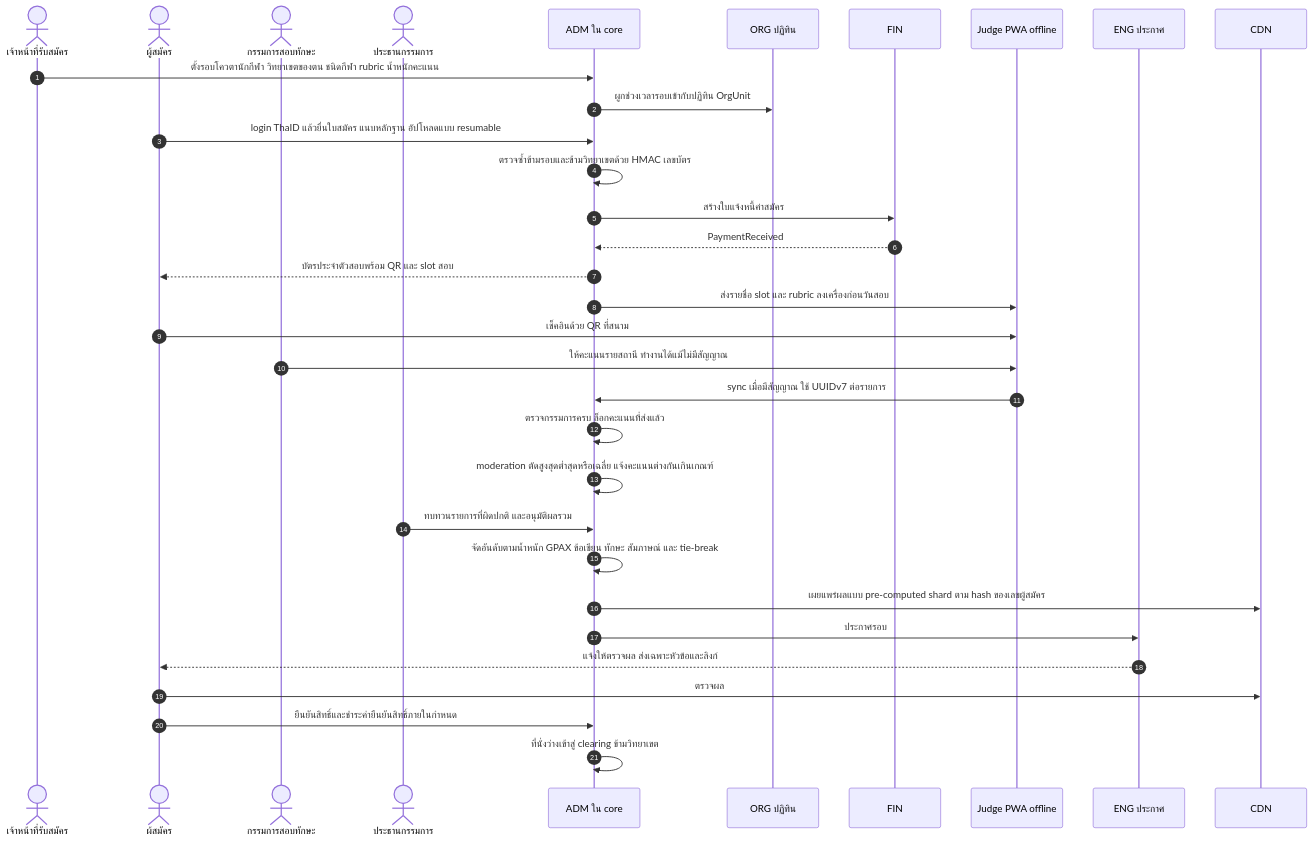
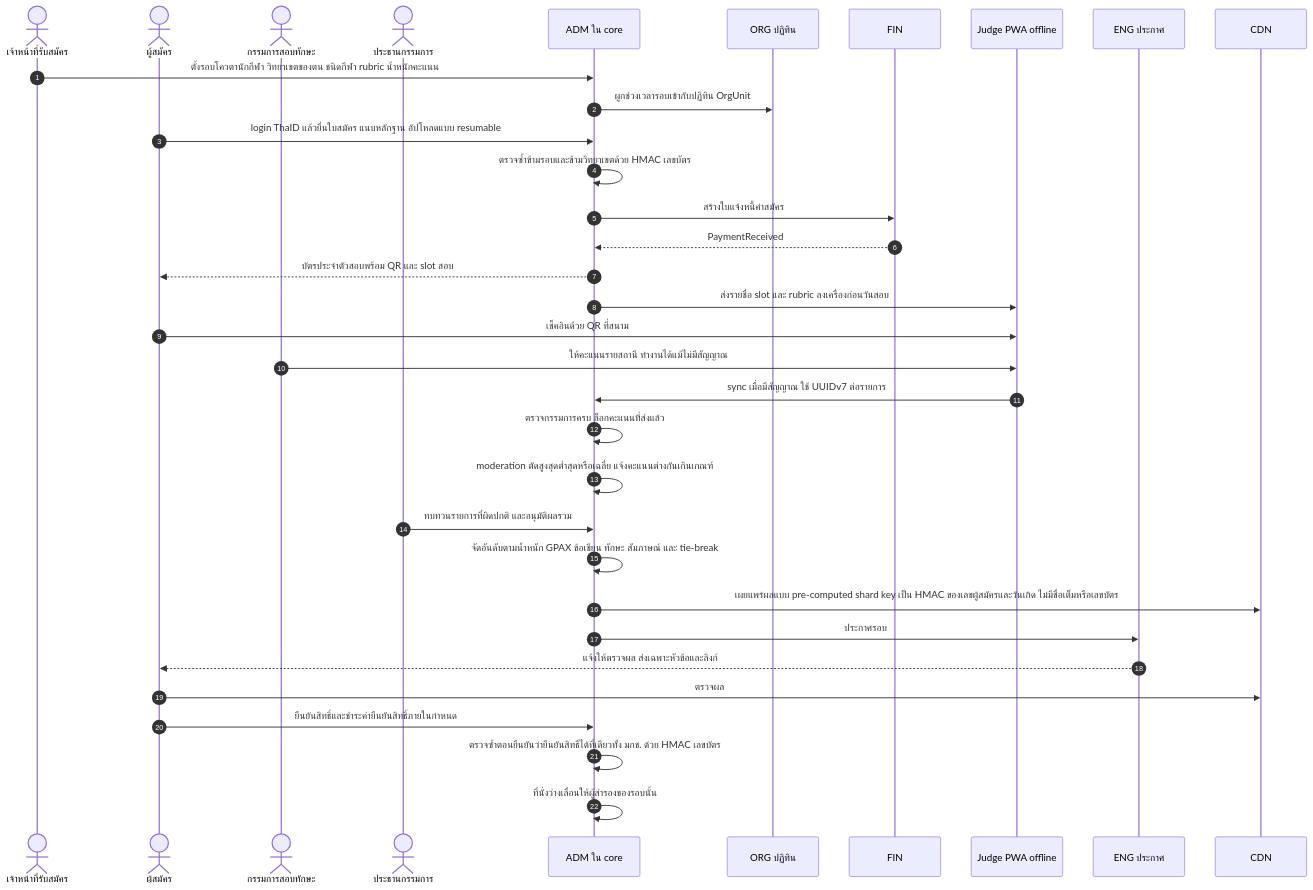
One commit to Ruttanachote/Ai changed the fifth of 7 diagrams in tnsu-system/docs/07-architecture.md. Above: the diagram before and after it, drawn with Mermaid. The commit also changed other lines of this file and 5 other files, not shown here.

````diff
--- a/tnsu-system/docs/07-architecture.md
+++ b/tnsu-system/docs/07-architecture.md
@@ -773,35 +831,36 @@
 ```mermaid
 sequenceDiagram
   autonumber
   actor AO as เจ้าหน้าที่รับสมัคร
   actor CA as ผู้สมัคร
   actor JD as กรรมการสอบทักษะ
   actor CH as ประธานกรรมการ
   participant ADM as ADM ใน core
   participant ORG as ORG ปฏิทิน
   participant FIN as FIN
   participant JP as Judge PWA offline
   participant ENG as ENG ประกาศ
   participant CDN as CDN
   AO->>ADM: ตั้งรอบโควตานักกีฬา วิทยาเขตของตน ชนิดกีฬา rubric น้ำหนักคะแนน
   ADM->>ORG: ผูกช่วงเวลารอบเข้ากับปฏิทิน OrgUnit
   CA->>ADM: login ThaID แล้วยื่นใบสมัคร แนบหลักฐาน อัปโหลดแบบ resumable
   ADM->>ADM: ตรวจซ้ำข้ามรอบและข้ามวิทยาเขตด้วย HMAC เลขบัตร
   ADM->>FIN: สร้างใบแจ้งหนี้ค่าสมัคร
   FIN-->>ADM: PaymentReceived
   ADM-->>CA: บัตรประจำตัวสอบพร้อม QR และ slot สอบ
   ADM->>JP: ส่งรายชื่อ slot และ rubric ลงเครื่องก่อนวันสอบ
   CA->>JP: เช็คอินด้วย QR ที่สนาม
   JD->>JP: ให้คะแนนรายสถานี ทำงานได้แม้ไม่มีสัญญาณ
   JP->>ADM: sync เมื่อมีสัญญาณ ใช้ UUIDv7 ต่อรายการ
   ADM->>ADM: ตรวจกรรมการครบ ล็อกคะแนนที่ส่งแล้ว
   ADM->>ADM: moderation ตัดสูงสุดต่ำสุดหรือเฉลี่ย แจ้งคะแนนต่างกันเกินเกณฑ์
   CH->>ADM: ทบทวนรายการที่ผิดปกติ และอนุมัติผลรวม
   ADM->>ADM: จัดอันดับตามน้ำหนัก GPAX ข้อเขียน ทักษะ สัมภาษณ์ และ tie-break
-  ADM->>CDN: เผยแพร่ผลแบบ pre-computed shard ตาม hash ของเลขผู้สมัคร
+  ADM->>CDN: เผยแพร่ผลแบบ pre-computed shard key เป็น HMAC ของเลขผู้สมัครและวันเกิด ไม่มีชื่อเต็มหรือเลขบัตร
   ADM->>ENG: ประกาศรอบ
   ENG-->>CA: แจ้งให้ตรวจผล ส่งเฉพาะหัวข้อและลิงก์
   CA->>CDN: ตรวจผล
   CA->>ADM: ยืนยันสิทธิ์และชำระค่ายืนยันสิทธิ์ภายในกำหนด
-  ADM->>ADM: ที่นั่งว่างเข้าสู่ clearing ข้ามวิทยาเขต
+  ADM->>ADM: ตรวจซ้ำตอนยืนยันว่ายืนยันสิทธิ์ได้ที่เดียวทั้ง มกช. ด้วย HMAC เลขบัตร
+  ADM->>ADM: ที่นั่งว่างเลื่อนให้ผู้สำรองของรอบนั้น
 ```
````
